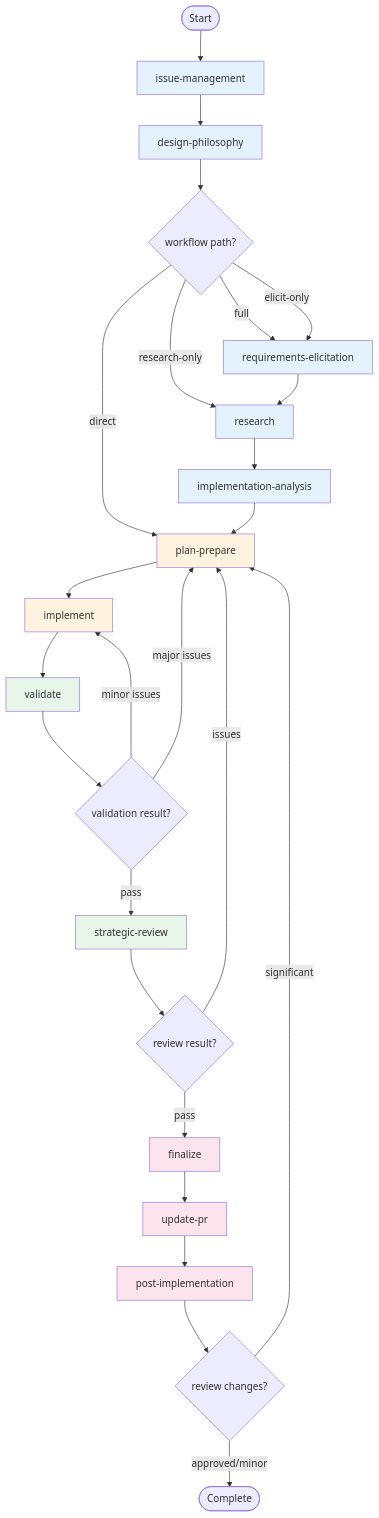
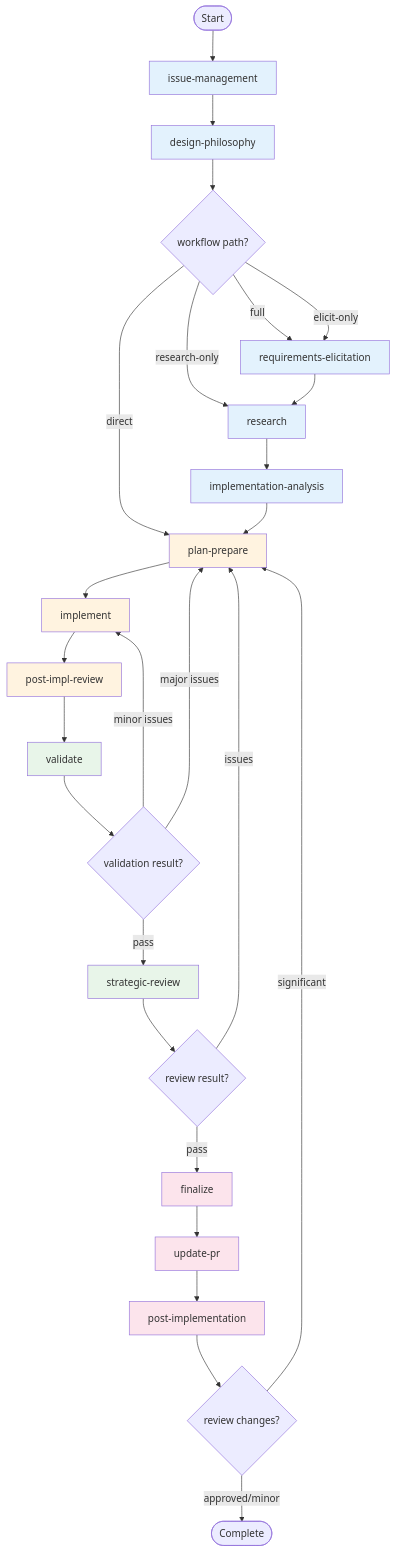
Before and after one commit to m2ux/workflow-server: the first of 14 diagrams in work-package/README.md, drawn with Mermaid. The commit also changed other lines of this file and 3 other files, not shown here.

````diff
--- a/work-package/README.md
+++ b/work-package/README.md
@@ -29,47 +31,49 @@
 ```mermaid
 graph TD
     Start([Start]) --> IM[issue-management]
     IM --> DP[design-philosophy]
     
     DP --> PATH{workflow path?}
     PATH -->|full| REL[requirements-elicitation]
     PATH -->|elicit-only| REL
     PATH -->|research-only| RS
     PATH -->|direct| PP
     
     REL --> RS[research]
     RS --> IA[implementation-analysis]
     IA --> PP[plan-prepare]
     
     PP --> IMP[implement]
-    IMP --> VAL[validate]
+    IMP --> PIR[post-impl-review]
+    PIR --> VAL[validate]
     
     VAL --> VD{validation result?}
     VD -->|pass| SR[strategic-review]
     VD -->|minor issues| IMP
     VD -->|major issues| PP
     
     SR --> SRD{review result?}
     SRD -->|pass| FIN[finalize]
     SRD -->|issues| PP
     
     FIN --> UPR[update-pr]
     UPR --> PI[post-implementation]
     
     PI --> PID{review changes?}
     PID -->|significant| PP
     PID -->|approved/minor| Done([Complete])
     
     style IM fill:#e3f2fd
     style DP fill:#e3f2fd
     style REL fill:#e3f2fd
     style IA fill:#e3f2fd
     style RS fill:#e3f2fd
     style PP fill:#fff3e0
     style IMP fill:#fff3e0
+    style PIR fill:#fff3e0
     style VAL fill:#e8f5e9
     style SR fill:#e8f5e9
     style FIN fill:#fce4ec
     style UPR fill:#fce4ec
     style PI fill:#fce4ec
 ```
````
